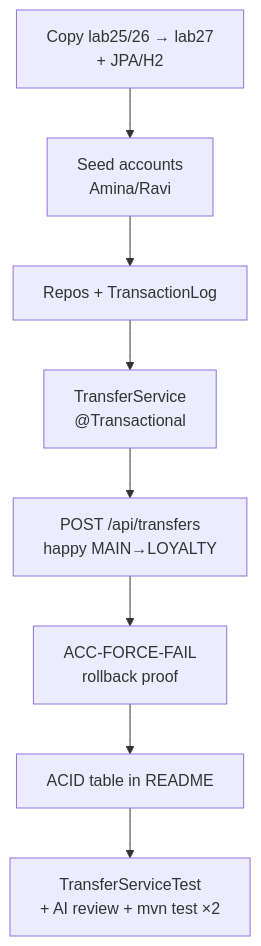
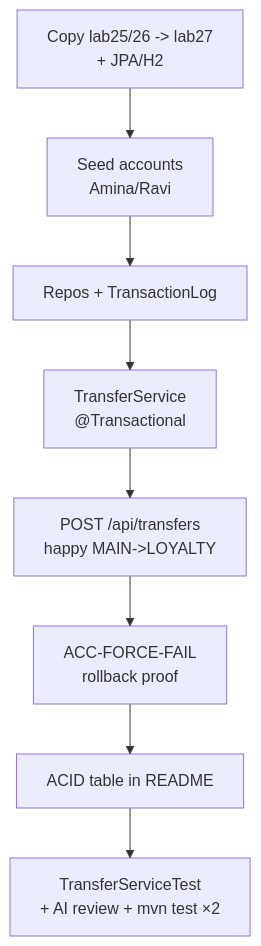
Before and after one commit to pupilliluke/bc-sw-engineer-java-participant: the second of 2 diagrams in labs/Week 3 - Spring Framework and Enterprise Patterns/module-27/lab27/LAB-27-GUIDE.md, drawn with Mermaid. The commit also changed other lines of this file and 55 other files, not shown here.

Commit message:
Stop publishing local screenshots; harden Mermaid for GitHub; sync only tracked lab files.

````diff
--- a/labs/Week 3 - Spring Framework and Enterprise Patterns/module-27/lab27/LAB-27-GUIDE.md
+++ b/labs/Week 3 - Spring Framework and Enterprise Patterns/module-27/lab27/LAB-27-GUIDE.md
@@ -100,10 +100,10 @@
 ```mermaid
 flowchart TD
-    A["Copy lab25/26 → lab27<br/>+ JPA/H2"] --> B["Seed accounts<br/>Amina/Ravi"]
+    A["Copy lab25/26 -> lab27<br/>+ JPA/H2"] --> B["Seed accounts<br/>Amina/Ravi"]
     B --> C["Repos + TransactionLog"]
     C --> D["TransferService<br/>@Transactional"]
-    D --> E["POST /api/transfers<br/>happy MAIN→LOYALTY"]
+    D --> E["POST /api/transfers<br/>happy MAIN->LOYALTY"]
     E --> F["ACC-FORCE-FAIL<br/>rollback proof"]
     F --> G["ACID table in README"]
     G --> H["TransferServiceTest<br/>+ AI review + mvn test ×2"]
 ```
````
